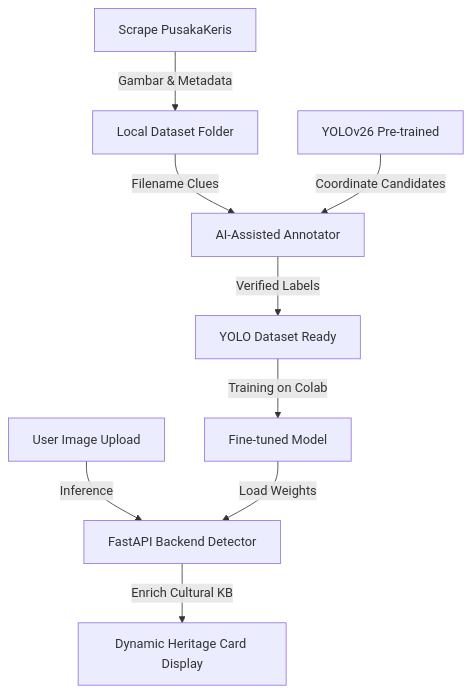
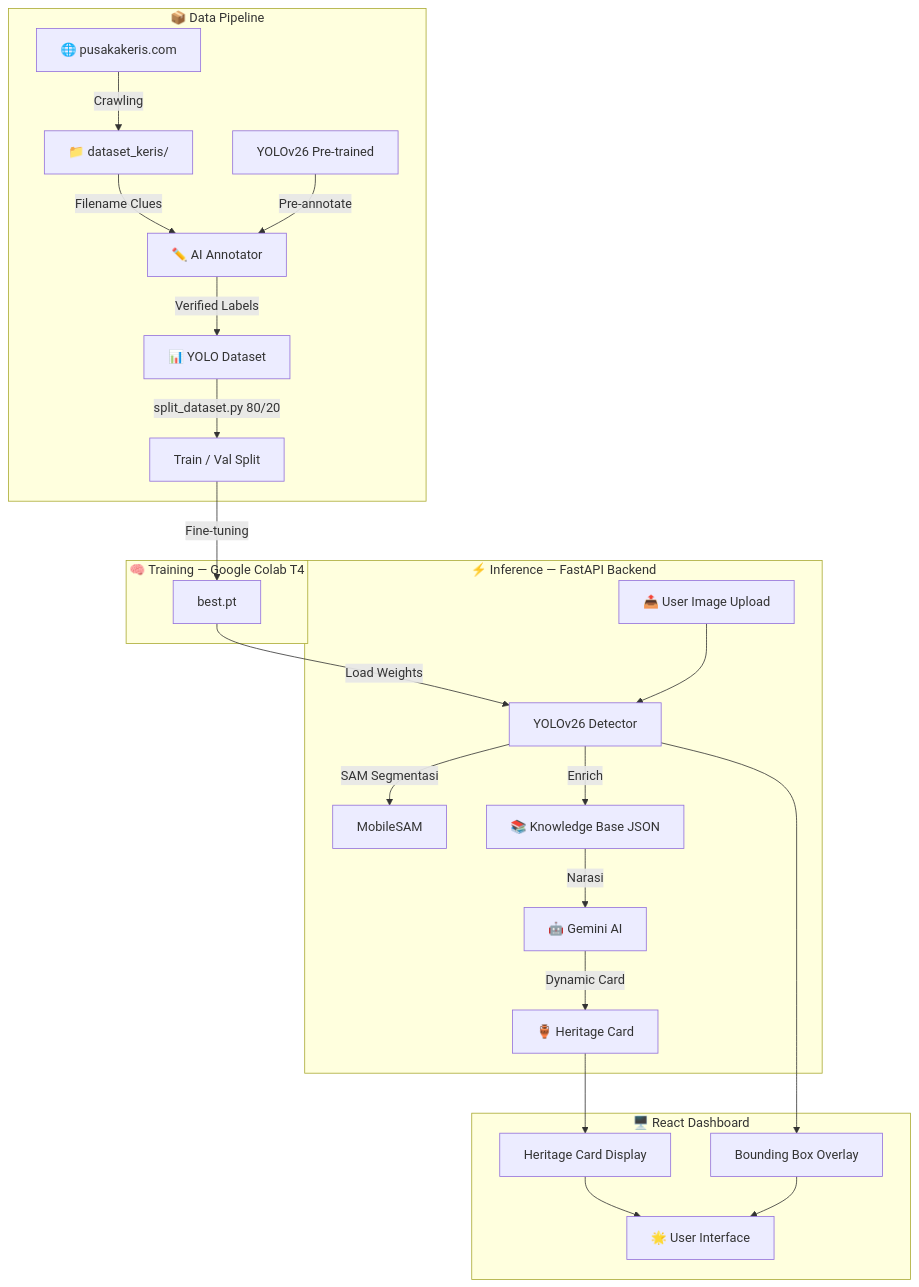
Before and after one commit to moh-affan/kris-detection-yolov26: the diagram in README.md, drawn with Mermaid. The commit also changed other lines of this file and 3 other files, not shown here.

````diff
--- a/README.md
+++ b/README.md
@@ -24,11 +78,29 @@
 ```mermaid
 graph TD
-    A[Scrape PusakaKeris] -->|Gambar & Metadata| B[Local Dataset Folder]
-    B -->|Filename Clues| C[AI-Assisted Annotator]
-    D[YOLOv26 Pre-trained] -->|Coordinate Candidates| C
-    C -->|Verified Labels| E[YOLO Dataset Ready]
-    E -->|Training on Colab| F[Fine-tuned Model]
-    G[User Image Upload] -->|Inference| H[FastAPI Backend Detector]
-    F -->|Load Weights| H
-    H -->|Enrich Cultural KB| I[Dynamic Heritage Card Display]
+    subgraph DataLayer["📦 Data Pipeline"]
+        A[🌐 pusakakeris.com] -->|Crawling| B[📁 dataset_keris/]
+        B -->|Filename Clues| C[✏️ AI Annotator]
+        D[YOLOv26 Pre-trained] -->|Pre-annotate| C
+        C -->|Verified Labels| E[📊 YOLO Dataset]
+        E -->|split_dataset.py 80/20| F[Train / Val Split]
+    end
+
+    subgraph TrainingLayer["🧠 Training — Google Colab T4"]
+        F -->|Fine-tuning| G[best.pt]
+    end
+
+    subgraph InferenceLayer["⚡ Inference — FastAPI Backend"]
+        G -->|Load Weights| H[YOLOv26 Detector]
+        I[📤 User Image Upload] --> H
+        H -->|SAM Segmentasi| J[MobileSAM]
+        H -->|Enrich| K[📚 Knowledge Base JSON]
+        K -->|Narasi| L[🤖 Gemini AI]
+        L -->|Dynamic Card| M[🏺 Heritage Card]
+    end
+
+    subgraph Frontend["🖥️ React Dashboard"]
+        M --> N[Heritage Card Display]
+        H --> O[Bounding Box Overlay]
+        N & O --> P[🌟 User Interface]
+    end
 ```
````
